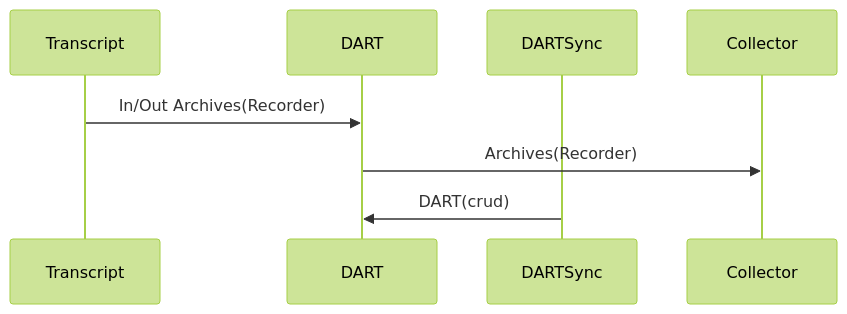
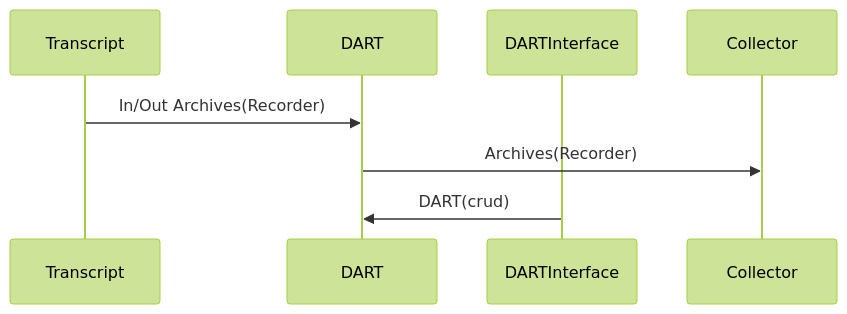
Before and after one commit to tagion/tagion: the diagram in documents/architecture/DART.md, drawn with Mermaid (forest theme). The commit also changed other lines of this file and 8 other files, not shown here.

Commit message:
DOC: DARTSync renamed to DARTInterface

````diff
--- a/documents/architecture/DART.md
+++ b/documents/architecture/DART.md
@@ -33,10 +33,10 @@
 ```mermaid
 sequenceDiagram
     participant Transcript
     participant DART 
-    participant DARTSync 
+    participant DARTInterface 
     participant Collector
     Transcript ->> DART: In/Out Archives(Recorder)
     DART ->> Collector: Archives(Recorder)
-    DARTSync ->> DART: DART(crud) 
+    DARTInterface ->> DART: DART(crud) 
 ```
````
